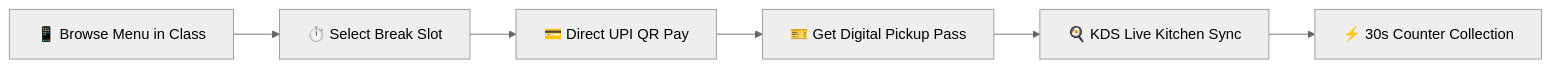
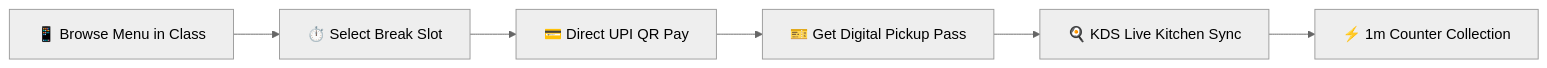
Before and after one commit to dakrkakashi/FoodLine-Campus: the first of 3 diagrams in FoodLine_Frontend_Design_Plan.md, drawn with Mermaid (neutral theme). The commit also changed other lines of this file and 758 other files, not shown here.

````diff
--- a/FoodLine_Frontend_Design_Plan.md
+++ b/FoodLine_Frontend_Design_Plan.md
@@ -34,8 +34,8 @@
 ```mermaid
 graph LR
     A[📱 Browse Menu in Class] --> B[⏱️ Select Break Slot]
     B --> C[💳 Direct UPI QR Pay]
     C --> D[🎫 Get Digital Pickup Pass]
     D --> E[🍳 KDS Live Kitchen Sync]
-    E --> F[⚡ 30s Counter Collection]
+    E --> F[⚡ 1m Counter Collection]
 ```
````
